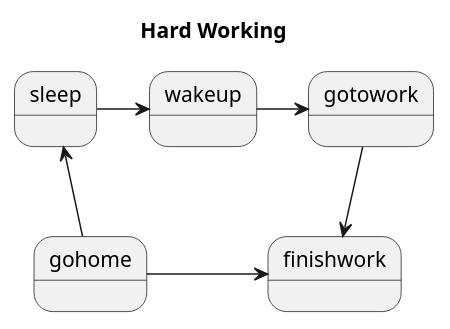
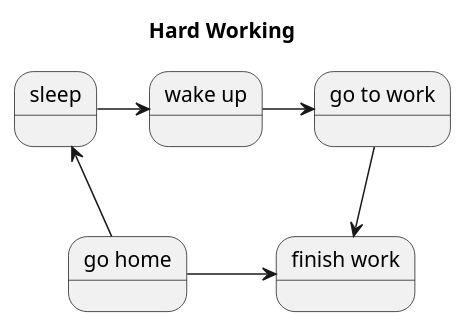
One commit to est160/OOAD-WEEK11 changed the diagram in README.md. Above: the diagram before and after it, drawn with PlantUML. The commit also changed other lines of this file, not shown here.

```diff
--- a/README.md
+++ b/README.md
@@ -6,27 +6,27 @@
 @startuml
 
 Title Hard Working 
 
 State sleep
 
-State wakeup
+State "wake up" as wakeup
 
-State gotowork
+State "go to work" as gotowork
 
-State finishwork
+State "finish work" as finishwork
 
-State gohome
+State "go home" as gohome
 
 
 
 sleep -right-> wakeup
 
 wakeup -right->gotowork
 
 gotowork -down-> finishwork
 
 gohome -right-> finishwork
 
 gohome -up-> sleep
 
 @enduml
```
